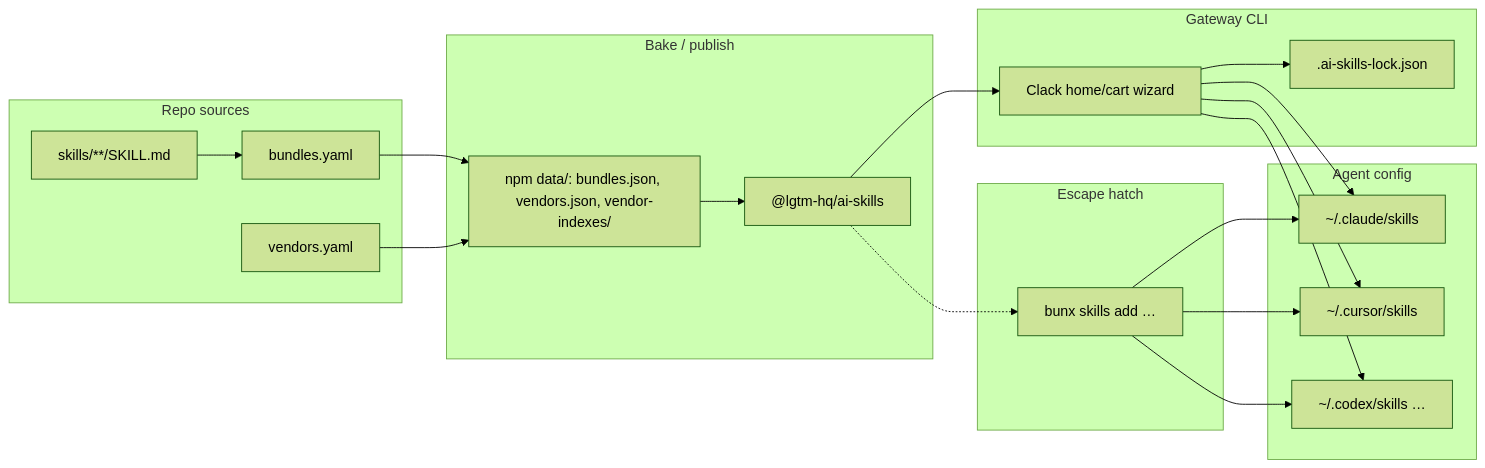
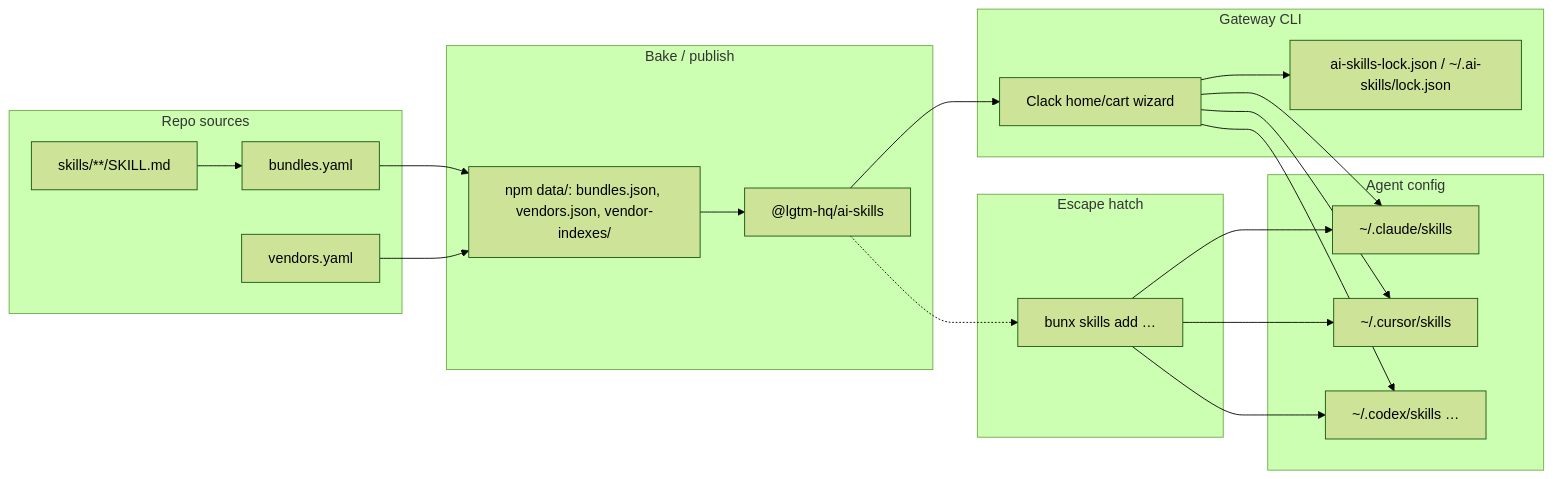
The diagram in CONTRIBUTING.md (lgtm-hq/ai-skills), drawn with Mermaid (forest theme) before and after one commit.

Commit message:
fix(docs): correct gateway lockfile paths in CONTRIBUTING diagram
Project installs use ai-skills-lock.json; global uses ~/.ai-skills/lock.json.

````diff
--- a/CONTRIBUTING.md
+++ b/CONTRIBUTING.md
@@ -93,37 +93,37 @@
 ```mermaid
 flowchart LR
   subgraph sources [Repo sources]
     SK["skills/**/SKILL.md"]
     BY["bundles.yaml"]
     VY["vendors.yaml"]
   end
   subgraph bake [Bake / publish]
     DATA["npm data/: bundles.json, vendors.json, vendor-indexes/"]
     PKG["@lgtm-hq/ai-skills"]
   end
   subgraph gateway [Gateway CLI]
     UI["Clack home/cart wizard"]
-    LOCK[".ai-skills-lock.json"]
+    LOCK["ai-skills-lock.json / ~/.ai-skills/lock.json"]
   end
   subgraph escape [Escape hatch]
     add["bunx skills add …"]
   end
   subgraph dirs [Agent config]
     c["~/.claude/skills"]
     u["~/.cursor/skills"]
     x["~/.codex/skills …"]
   end
   SK --> BY
   BY --> DATA
   VY --> DATA
   DATA --> PKG
   PKG --> UI
   UI --> LOCK
   UI --> c
   UI --> u
   UI --> x
   PKG -.-> add
   add --> c
   add --> u
   add --> x
 ```
````
